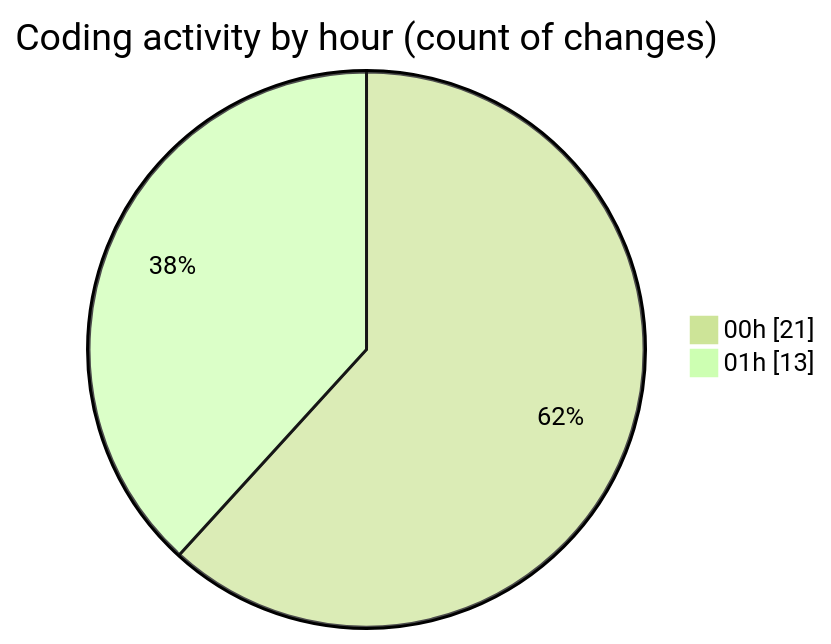
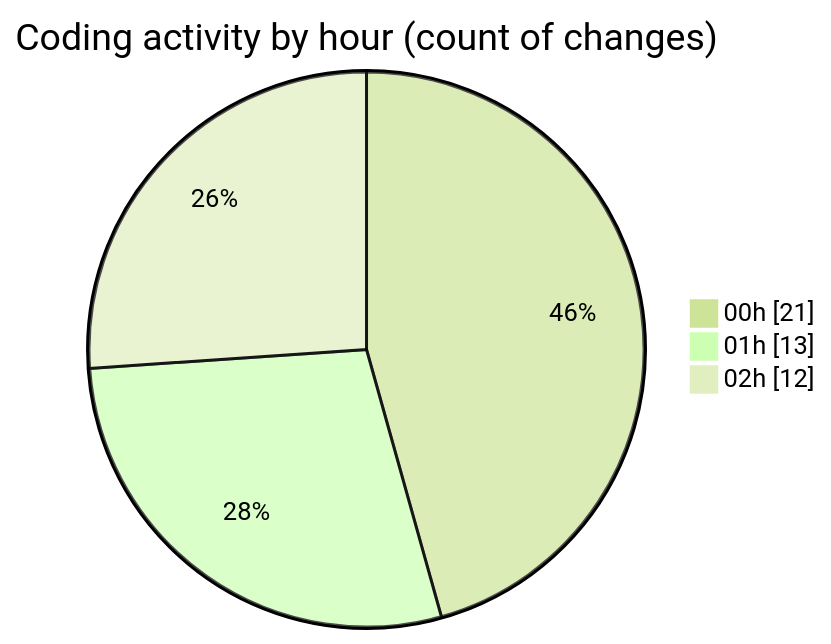
The second of 2 diagrams in 2025-06-22/___base/README.md (Ritupan-Deka/code-tracking), drawn with Mermaid (forest theme) before and after one commit. The commit also changed other lines of this file and 1 other file, not shown here.

````diff
--- a/2025-06-22/___base/README.md
+++ b/2025-06-22/___base/README.md
@@ -30,6 +30,7 @@
 ```mermaid
 pie showData
 title Coding activity by hour (count of changes)
 "00h" : 21
 "01h" : 13
+"02h" : 12
 ```
````
